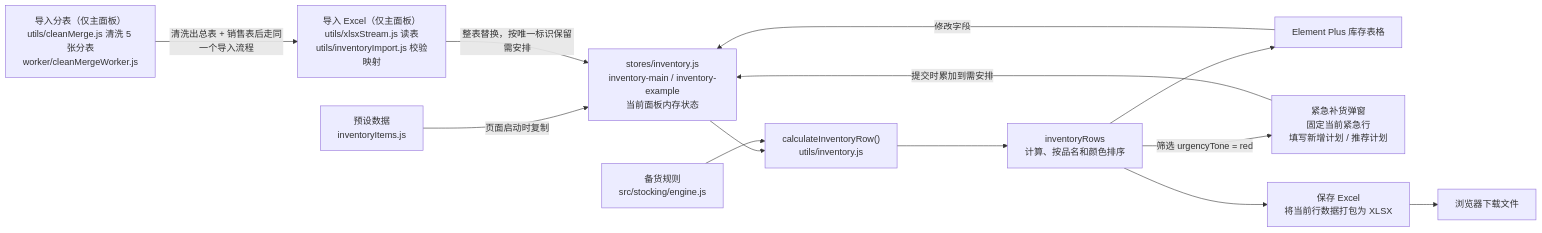
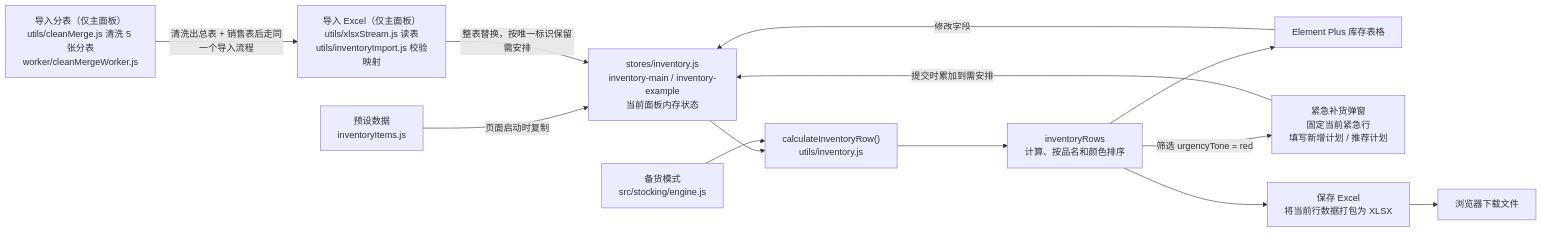
The second of 2 diagrams in 项目架构图.md (HugoCosette/kucunyujing), drawn with Mermaid before and after one commit. The commit also changed other lines of this file and 29 other files, not shown here.

````diff
--- a/项目架构图.md
+++ b/项目架构图.md
@@ -54,26 +54,26 @@
 ```mermaid
 flowchart LR
     Seed["预设数据<br/>inventoryItems.js"]
     State["stores/inventory.js<br/>inventory-main / inventory-example<br/>当前面板内存状态"]
-    Rules["备货规则<br/>src/stocking/engine.js"]
+    Rules["备货模式<br/>src/stocking/engine.js"]
     Calc["calculateInventoryRow()<br/>utils/inventory.js"]
     Rows["inventoryRows<br/>计算、按品名和颜色排序"]
     Table["Element Plus 库存表格"]
     Urgent["紧急补货弹窗<br/>固定当前紧急行<br/>填写新增计划 / 推荐计划"]
     Export["保存 Excel<br/>将当前行数据打包为 XLSX"]
     Import["导入 Excel（仅主面板）<br/>utils/xlsxStream.js 读表<br/>utils/inventoryImport.js 校验映射"]
     Split["导入分表（仅主面板）<br/>utils/cleanMerge.js 清洗 5 张分表<br/>worker/cleanMergeWorker.js"]
     Download["浏览器下载文件"]
 
     Seed -->|"页面启动时复制"| State
     State --> Calc
     Rules --> Calc
     Calc --> Rows
     Rows --> Table
     Rows -->|"筛选 urgencyTone = red"| Urgent
     Table -->|"修改字段"| State
     Urgent -->|"提交时累加到需安排"| State
     Import -->|"整表替换，按唯一标识保留需安排"| State
     Split -->|"清洗出总表 + 销售表后走同一个导入流程"| Import
     Rows --> Export --> Download
 ```
````
